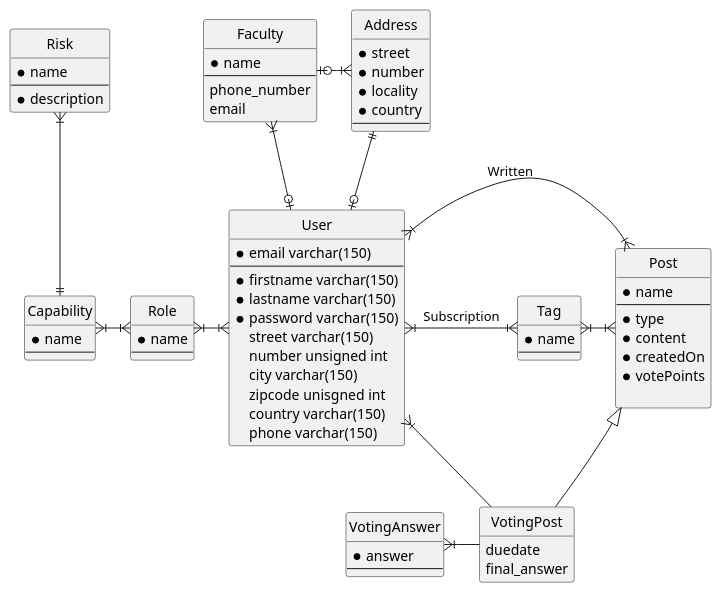
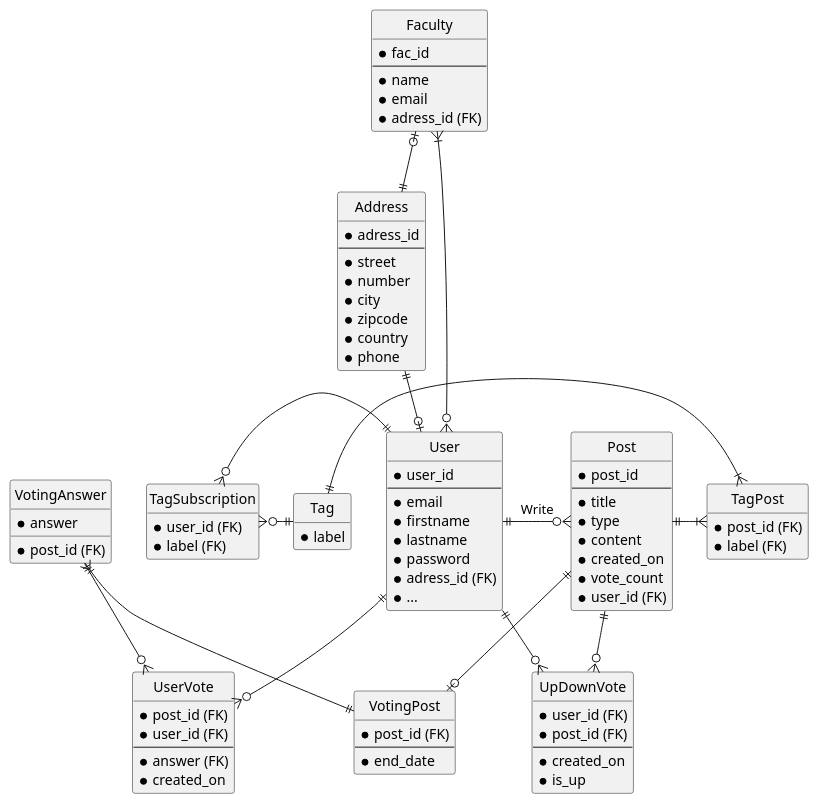
The diagram in uml/database_schema.wsd (LeGroupeDeFer/infom114_LaboMDL), drawn with PlantUML before and after one commit.

```diff
--- a/uml/database_schema.wsd
+++ b/uml/database_schema.wsd
@@ -1,114 +1,132 @@
 @startuml db_mdl
 
 hide circle
 hide empty members
 
 ' entity Entity {
 '    * identifying_attribute
 '    --
 '    * mandatory_attribute
 '    optional_attribute
 ' }
 
 ' ' zero or one
 ' A |o--o| B
 
 ' ' exactly one
 ' C ||--|| D
 
 ' ' zero or many
 ' E }o--o{ F
 
 ' ' one or many
 ' G }|--|{ H
 
 entity User {
-  * email varchar(150)
+  * user_id
   --
-  * firstname varchar(150)
-  * lastname varchar(150)
-  * password varchar(150)
-  street varchar(150)
-  number unsigned int
-  city varchar(150)
-  zipcode unisgned int
-  country varchar(150)
-  phone varchar(150)
+  * email 
+  * firstname 
+  * lastname
+  * password
+  * adress_id (FK)
+  * ...
 }
 
 entity Address {
+  * adress_id
+  --
   * street
   * number
-  * locality
+  * city
+  * zipcode
   * country
-  --
+  * phone
 }
 
 
 
+entity UpDownVote {
+  * user_id (FK)
+  * post_id (FK)
+  --
+  * created_on
+  * is_up
+}
+
+entity TagSubscription{
+  * user_id (FK)
+  * label (FK)
+}
+
 entity Tag {
-  * name
-  --
+  * label
 }
 
 entity Post {
-  * name
+  * post_id
   --
+  * title
   * type
   * content
-  * createdOn
-  * votePoints
-  
+  * created_on
+  * vote_count
+  * user_id (FK)
 }
 
-entity Role {
-  * name
+
+entity VotingPost {
+  * post_id (FK)
   --
+  * end_date
 }
 
-entity Capability {
-  * name
-  --
+entity TagPost {
+    * post_id (FK)
+    * label (FK)
 }
 
-entity Risk {
-  * name
+entity UserVote {
+  * post_id (FK)
+  * user_id (FK)
   --
-  * description
+  * answer (FK)
+  * created_on
 }
 
-entity VotingPost {
-  duedate
-  final_answer
-}
-
-entity VotingAnswer {
+entity VotingAnswer{
+  * post_id (FK)
   * answer
-  --
 }
 
 entity Faculty  {
+  * fac_id
+  --
   * name
-  --
-  phone_number
-  email
+  * email
+  * adress_id (FK)
 }
 
 Address ||--o| User
-Tag }|-|{ Post
 
-Faculty }|--o| User
-Faculty |o-|{ Address
 
-Risk }|--|| Capability
-Capability }|-|{ Role
-Role }|-|{ User
+Faculty }|--o{ User
+Faculty |o--|| Address
 
-User }|-|{ Tag : Subscription
-User }|-|{ Post : Written
 
-Post <|-- VotingPost
-VotingAnswer }|- VotingPost
-User }|- VotingPost
+User ||-o{ Post : Write
+User ||--o{ UpDownVote 
+Post ||--o{ UpDownVote 
 
+Post ||--o| VotingPost
+VotingAnswer}|-|| VotingPost
+
+User  ||--o{ UserVote
+VotingAnswer ||--o{  UserVote 
+
+TagSubscription }o-|| User
+TagSubscription }o-|| Tag
+
+Tag  ||-|{  TagPost
+Post ||-|{  TagPost
 @enduml
```
